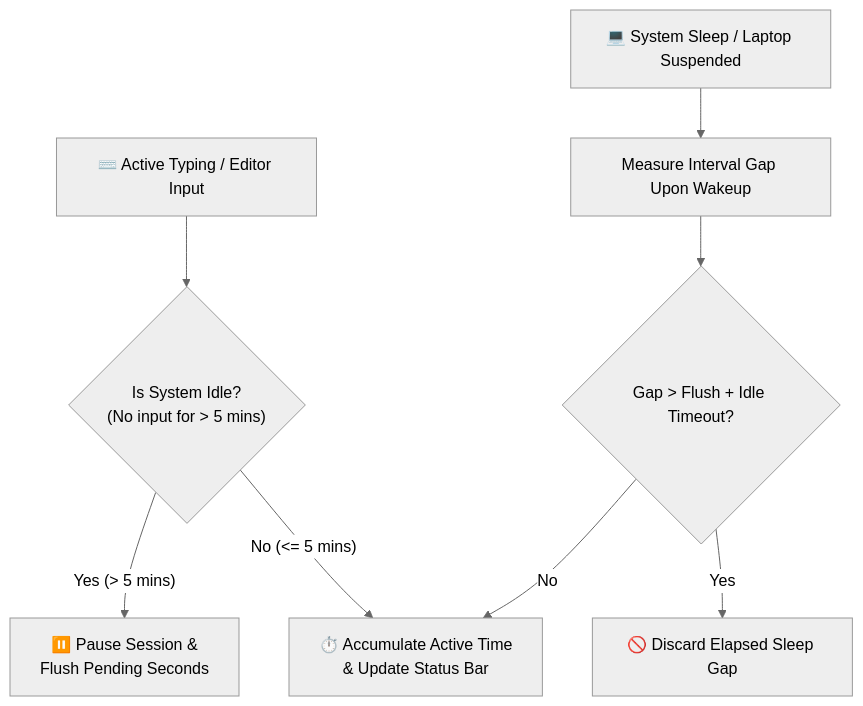
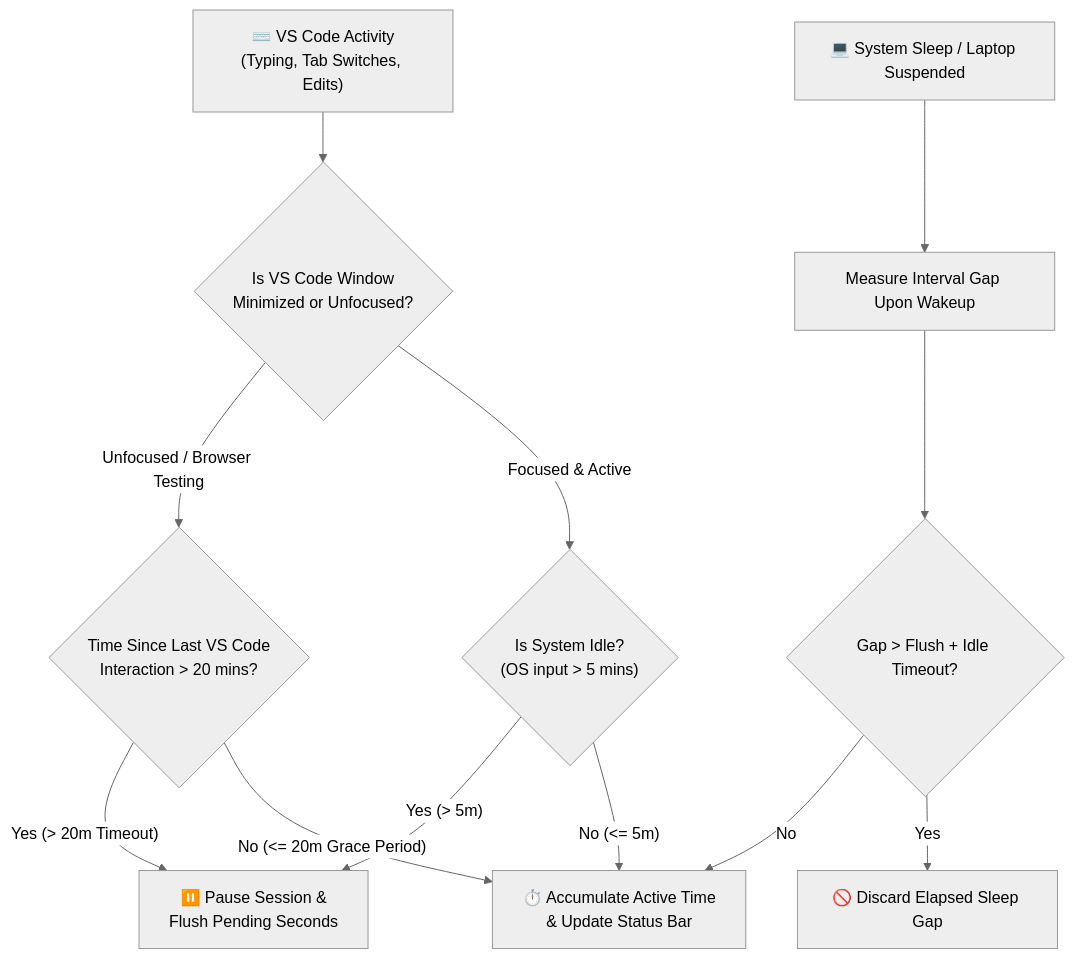
The first of 3 diagrams in README.md (debjyoti71/time_extension), drawn with Mermaid (neutral theme) before and after one commit. The commit also changed other lines of this file, not shown here.

Commit message:
docs(readme): update Mermaid flowchart and specs to include 20-minute inactivity limit and minimization guard

````diff
--- a/README.md
+++ b/README.md
@@ -29,11 +29,17 @@
 ```mermaid
 flowchart TD
-    A["⌨️ Active Typing / Editor Input"] --> B{"Is System Idle?<br/>(No input for > 5 mins)"}
-    B -- "No (<= 5 mins)" --> C["⏱️ Accumulate Active Time<br/>& Update Status Bar"]
-    B -- "Yes (> 5 mins)" --> D["⏸️ Pause Session &<br/>Flush Pending Seconds"]
+    A["⌨️ VS Code Activity<br/>(Typing, Tab Switches, Edits)"] --> B{"Is VS Code Window<br/>Minimized or Unfocused?"}
     
-    E["💻 System Sleep / Laptop Suspended"] --> F["Measure Interval Gap Upon Wakeup"]
-    F --> G{"Gap > Flush + Idle Timeout?"}
-    G -- "Yes" --> H["🚫 Discard Elapsed Sleep Gap"]
-    G -- "No" --> C
+    B -- "Focused & Active" --> C{"Is System Idle?<br/>(OS input > 5 mins)"}
+    C -- "No (<= 5m)" --> D["⏱️ Accumulate Active Time<br/>& Update Status Bar"]
+    C -- "Yes (> 5m)" --> E["⏸️ Pause Session &<br/>Flush Pending Seconds"]
+    
+    B -- "Unfocused / Browser Testing" --> F{"Time Since Last VS Code<br/>Interaction > 20 mins?"}
+    F -- "No (<= 20m Grace Period)" --> D
+    F -- "Yes (> 20m Timeout)" --> E
+
+    G["💻 System Sleep / Laptop Suspended"] --> H["Measure Interval Gap Upon Wakeup"]
+    H --> I{"Gap > Flush + Idle Timeout?"}
+    I -- "Yes" --> J["🚫 Discard Elapsed Sleep Gap"]
+    I -- "No" --> D
 ```
````
